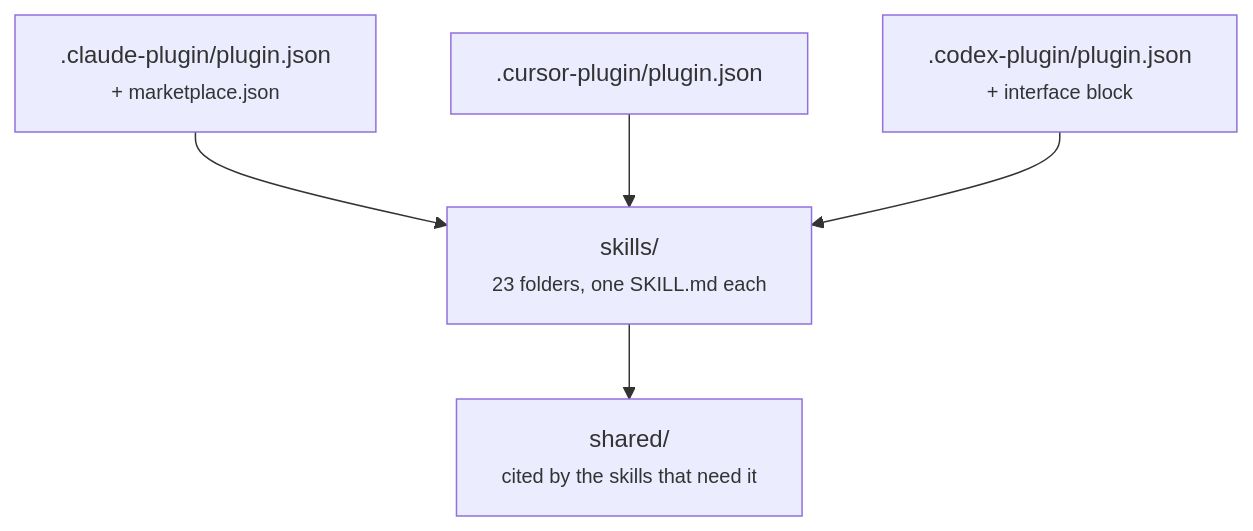
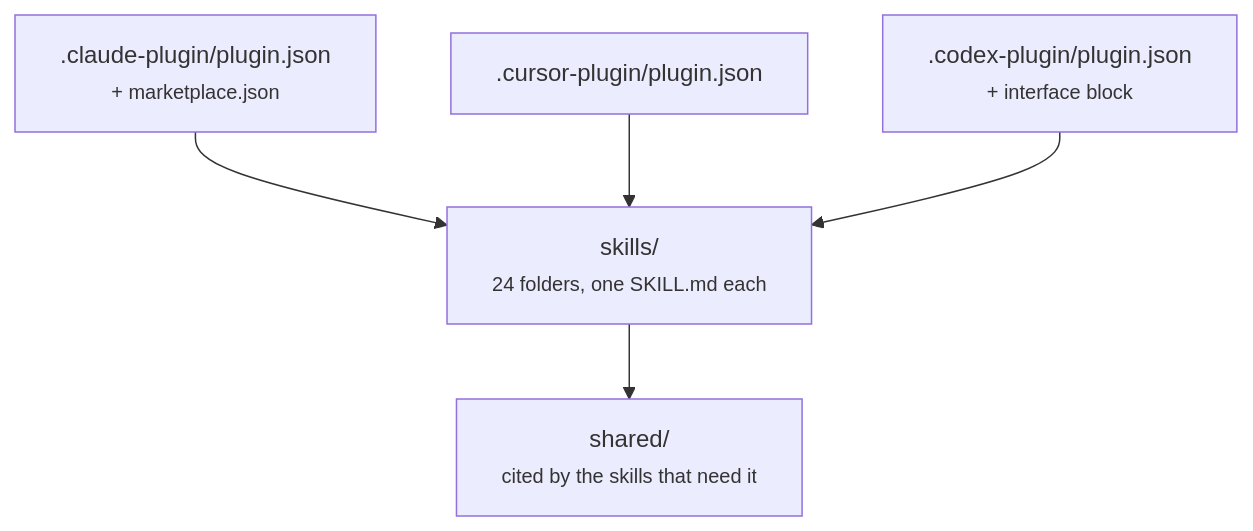
Before and after one commit to lamngockhuong/aiteamkit: the first of 2 diagrams in docs/system-architecture.md, drawn with Mermaid. The commit also changed other lines of this file and 47 other files, not shown here.

````diff
--- a/docs/system-architecture.md
+++ b/docs/system-architecture.md
@@ -46,7 +46,7 @@
 ```mermaid
 flowchart TD
-    CP[".claude-plugin/plugin.json<br/><small>+ marketplace.json</small>"] --> SK["skills/<br/><small>23 folders, one SKILL.md each</small>"]
+    CP[".claude-plugin/plugin.json<br/><small>+ marketplace.json</small>"] --> SK["skills/<br/><small>24 folders, one SKILL.md each</small>"]
     UP[".cursor-plugin/plugin.json"] --> SK
     XP[".codex-plugin/plugin.json<br/><small>+ interface block</small>"] --> SK
     SK --> SH["shared/<br/><small>cited by the skills that need it</small>"]
 ```
````
